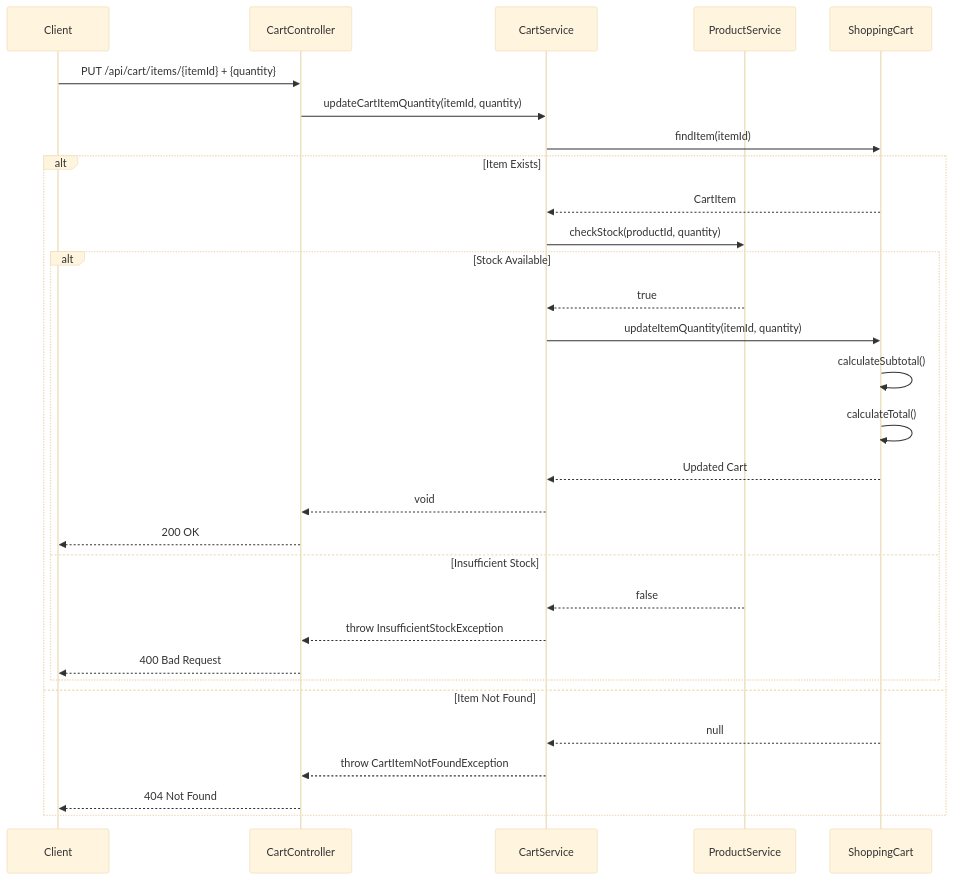
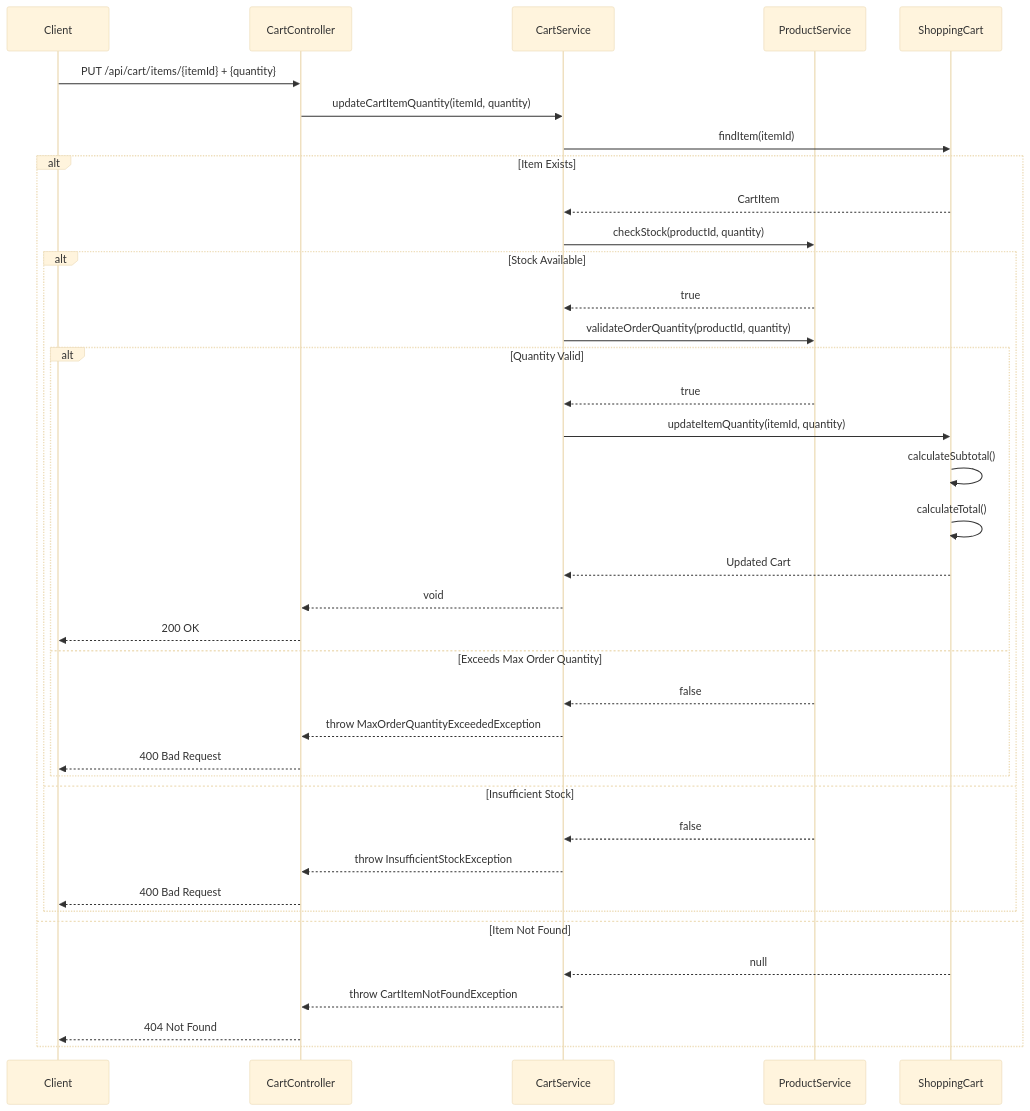
One commit to NavneetBN47/aava-ecom-demo changed diagram 12 of 14 in docs/LLD/lld.md. Above: the diagram before and after it, drawn with Mermaid (base theme). The commit also changed other lines of this file, not shown here.

````diff
--- a/docs/LLD/lld.md
+++ b/docs/LLD/lld.md
@@ -521,35 +542,44 @@
 ```mermaid
 sequenceDiagram
     participant Client
     participant CartController
     participant CartService
     participant ProductService
     participant ShoppingCart
 
     Client->>CartController: PUT /api/cart/items/{itemId} + {quantity}
     CartController->>CartService: updateCartItemQuantity(itemId, quantity)
     CartService->>ShoppingCart: findItem(itemId)
     
     alt Item Exists
         ShoppingCart-->>CartService: CartItem
         CartService->>ProductService: checkStock(productId, quantity)
         
         alt Stock Available
             ProductService-->>CartService: true
-            CartService->>ShoppingCart: updateItemQuantity(itemId, quantity)
-            ShoppingCart->>ShoppingCart: calculateSubtotal()
-            ShoppingCart->>ShoppingCart: calculateTotal()
-            ShoppingCart-->>CartService: Updated Cart
-            CartService-->>CartController: void
-            CartController-->>Client: 200 OK
+            CartService->>ProductService: validateOrderQuantity(productId, quantity)
+            
+            alt Quantity Valid
+                ProductService-->>CartService: true
+                CartService->>ShoppingCart: updateItemQuantity(itemId, quantity)
+                ShoppingCart->>ShoppingCart: calculateSubtotal()
+                ShoppingCart->>ShoppingCart: calculateTotal()
+                ShoppingCart-->>CartService: Updated Cart
+                CartService-->>CartController: void
+                CartController-->>Client: 200 OK
+            else Exceeds Max Order Quantity
+                ProductService-->>CartService: false
+                CartService-->>CartController: throw MaxOrderQuantityExceededException
+                CartController-->>Client: 400 Bad Request
+            end
         else Insufficient Stock
             ProductService-->>CartService: false
             CartService-->>CartController: throw InsufficientStockException
             CartController-->>Client: 400 Bad Request
         end
     else Item Not Found
         ShoppingCart-->>CartService: null
         CartService-->>CartController: throw CartItemNotFoundException
         CartController-->>Client: 404 Not Found
     end
 ```
````
